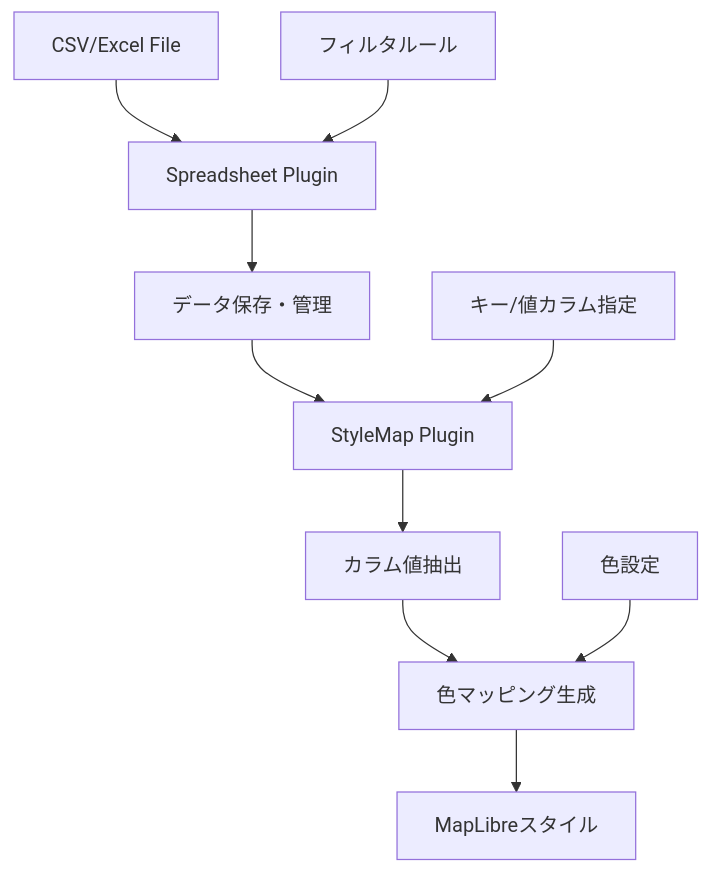
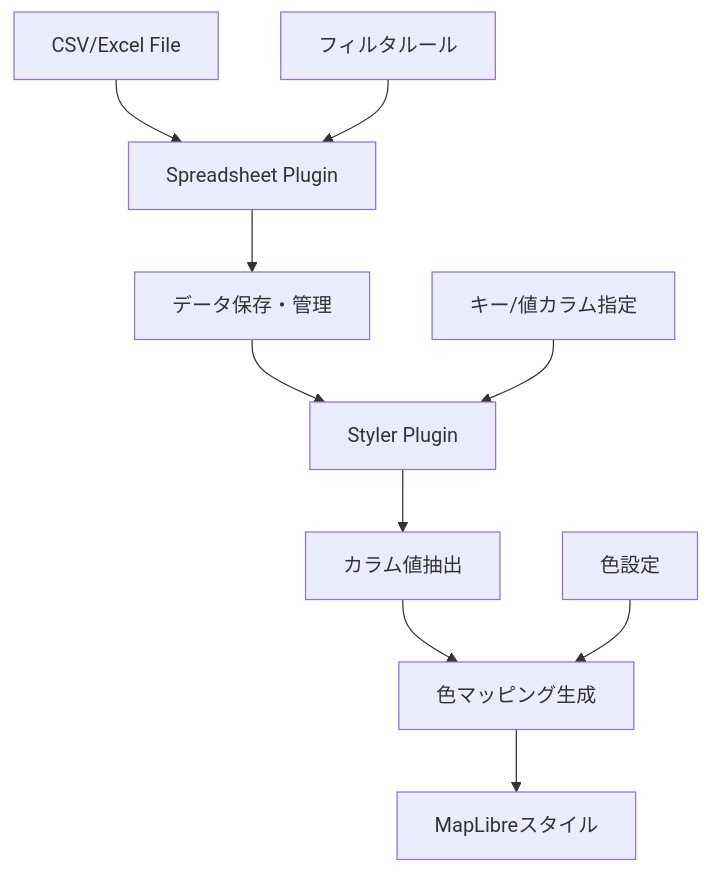
One commit to kubohiroya/hierarchidb changed the diagram in docs/deprecated/REPORT/stylemap/README.md. Above: the diagram before and after it, drawn with Mermaid. The commit also changed other lines of this file and 267 other files, not shown here.

First line of the commit message:
refactor: rename stylemap-plugin to styler-plugin

````diff
--- a/docs/deprecated/REPORT/stylemap/README.md
+++ b/docs/deprecated/REPORT/stylemap/README.md
@@ -69,13 +69,13 @@
 ```mermaid
 graph TD
     A[CSV/Excel File] --> B[Spreadsheet Plugin]
     B --> C[データ保存・管理]
-    C --> D[StyleMap Plugin]
+    C --> D[Styler Plugin]
     D --> E[カラム値抽出]
     E --> F[色マッピング生成]
     F --> G[MapLibreスタイル]
     
     H[フィルタルール] --> B
     I[キー/値カラム指定] --> D
     J[色設定] --> F
 ```
````
